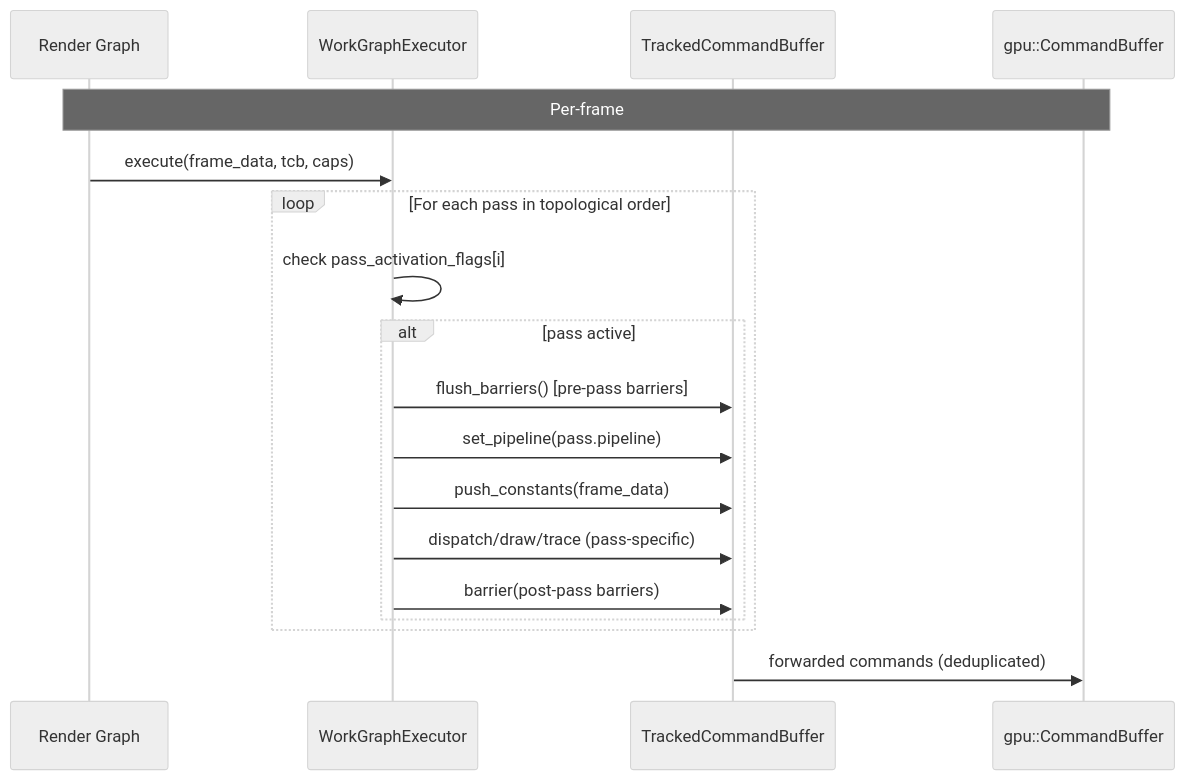
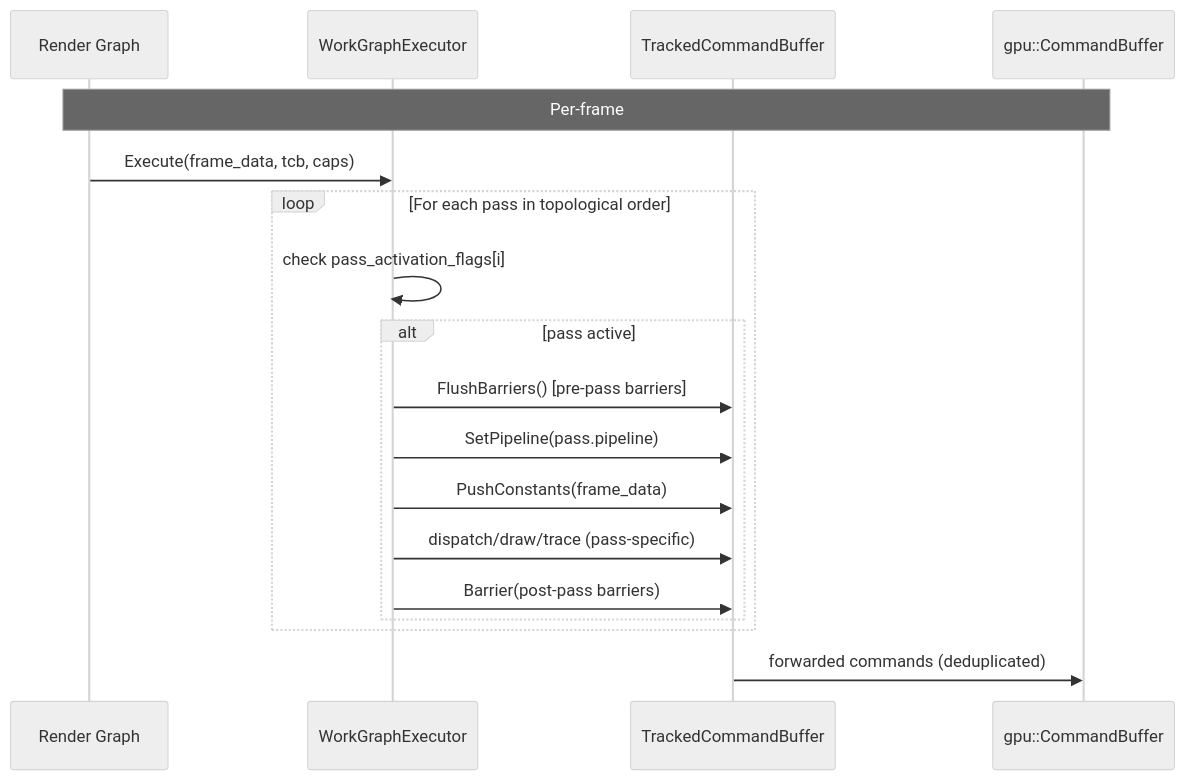
One commit to harmonius-dev/harmonius changed the eighth of 11 diagrams in docs/design/gpu-runtime-classes.md. Above: the diagram before and after it, drawn with Mermaid (neutral theme). The commit also changed other lines of this file and 67 other files, not shown here.

````diff
--- a/docs/design/gpu-runtime-classes.md
+++ b/docs/design/gpu-runtime-classes.md
@@ -513,23 +513,23 @@
 ```mermaid
 sequenceDiagram
     participant RG as Render Graph
     participant WGE as WorkGraphExecutor
     participant TCB as TrackedCommandBuffer
     participant CB as gpu::CommandBuffer
 
     Note over RG,CB: Per-frame
-    RG->>WGE: execute(frame_data, tcb, caps)
+    RG->>WGE: Execute(frame_data, tcb, caps)
 
     loop For each pass in topological order
         WGE->>WGE: check pass_activation_flags[i]
         alt pass active
-            WGE->>TCB: flush_barriers() [pre-pass barriers]
-            WGE->>TCB: set_pipeline(pass.pipeline)
-            WGE->>TCB: push_constants(frame_data)
+            WGE->>TCB: FlushBarriers() [pre-pass barriers]
+            WGE->>TCB: SetPipeline(pass.pipeline)
+            WGE->>TCB: PushConstants(frame_data)
             WGE->>TCB: dispatch/draw/trace (pass-specific)
-            WGE->>TCB: barrier(post-pass barriers)
+            WGE->>TCB: Barrier(post-pass barriers)
         end
     end
 
     TCB->>CB: forwarded commands (deduplicated)
 ```
````
